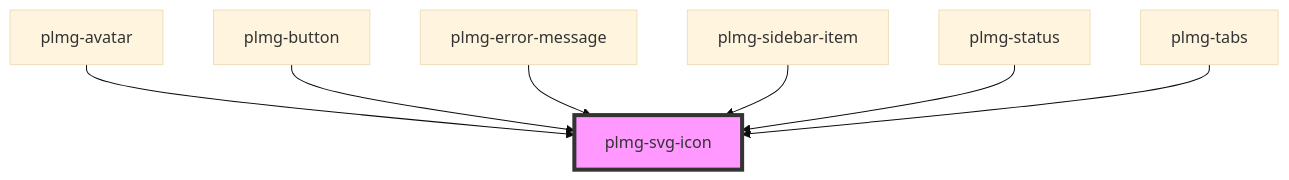
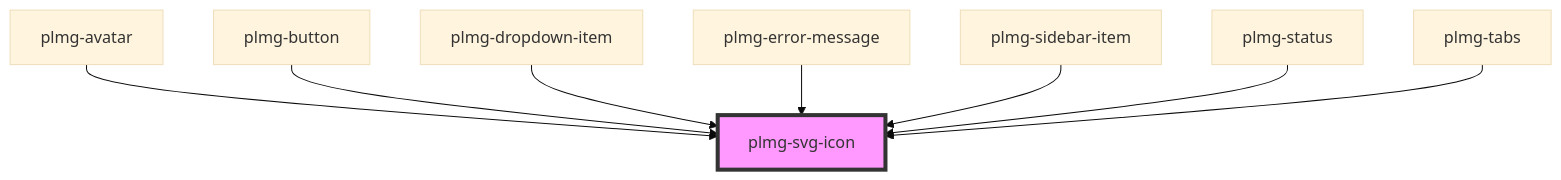
Before and after one commit to DuckyTeam/Plumage: the diagram in packages/component-library/src/components/plmg-svg-icon/readme.md, drawn with Mermaid (base theme). The commit also changed other lines of this file and 2 other files, not shown here.

Commit message:
add(docs): autogenerated docs

````diff
--- a/packages/component-library/src/components/plmg-svg-icon/readme.md
+++ b/packages/component-library/src/components/plmg-svg-icon/readme.md
@@ -29,10 +30,11 @@
 ```mermaid
 graph TD;
   plmg-avatar --> plmg-svg-icon
   plmg-button --> plmg-svg-icon
+  plmg-dropdown-item --> plmg-svg-icon
   plmg-error-message --> plmg-svg-icon
   plmg-sidebar-item --> plmg-svg-icon
   plmg-status --> plmg-svg-icon
   plmg-tabs --> plmg-svg-icon
   style plmg-svg-icon fill:#f9f,stroke:#333,stroke-width:4px
 ```
````
